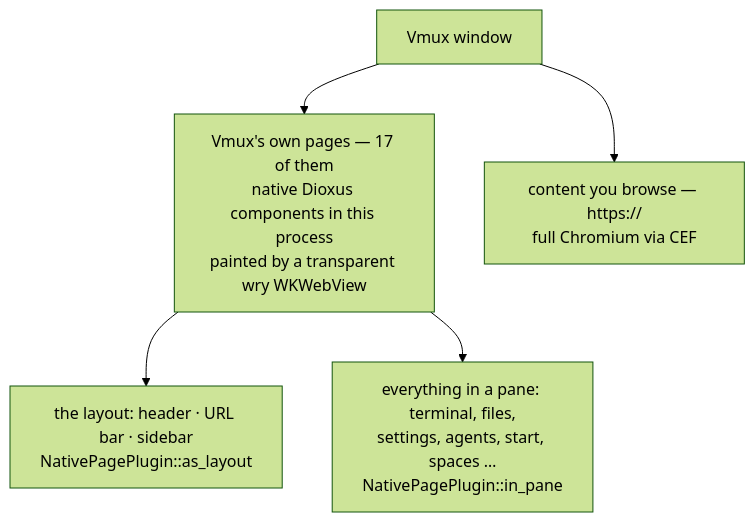
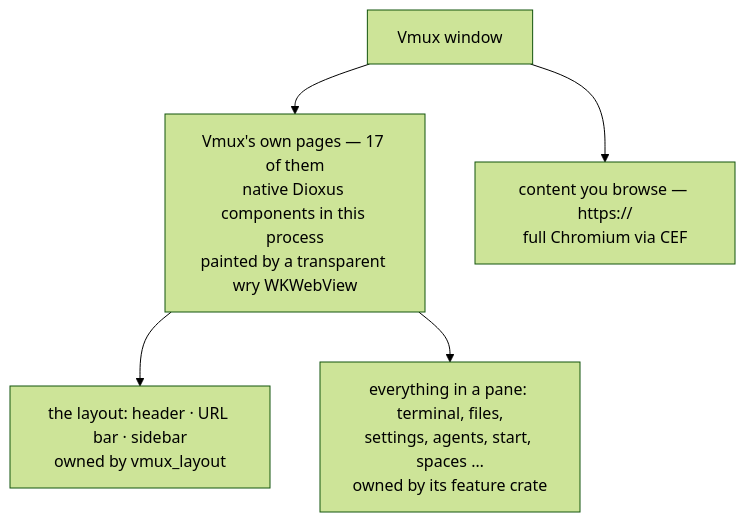
The sixth of 11 diagrams in docs/architecture.md (vmux-ai/vmux), drawn with Mermaid (forest theme) before and after one commit. The commit also changed other lines of this file and 1774 other files, not shown here.

First line of the commit message:
refactor(architecture): establish typed feature boundaries (#443)

````diff
--- a/docs/architecture.md
+++ b/docs/architecture.md
@@ -239,13 +542,13 @@
 ```mermaid
 flowchart TB
     win["Vmux window"]
     native["Vmux's own pages — 17 of them<br/>native Dioxus components in this process<br/>painted by a transparent wry WKWebView"]
-    layout["the layout: header · URL bar · sidebar<br/>NativePagePlugin::as_layout"]
-    pane["everything in a pane: terminal, files,<br/>settings, agents, start, spaces …<br/>NativePagePlugin::in_pane"]
+    layout["the layout: header · URL bar · sidebar<br/>owned by vmux_layout"]
+    pane["everything in a pane: terminal, files,<br/>settings, agents, start, spaces …<br/>owned by its feature crate"]
     cef["content you browse — https://<br/>full Chromium via CEF"]
 
     win --> native
     win --> cef
     native --> layout
     native --> pane
 ```
````
